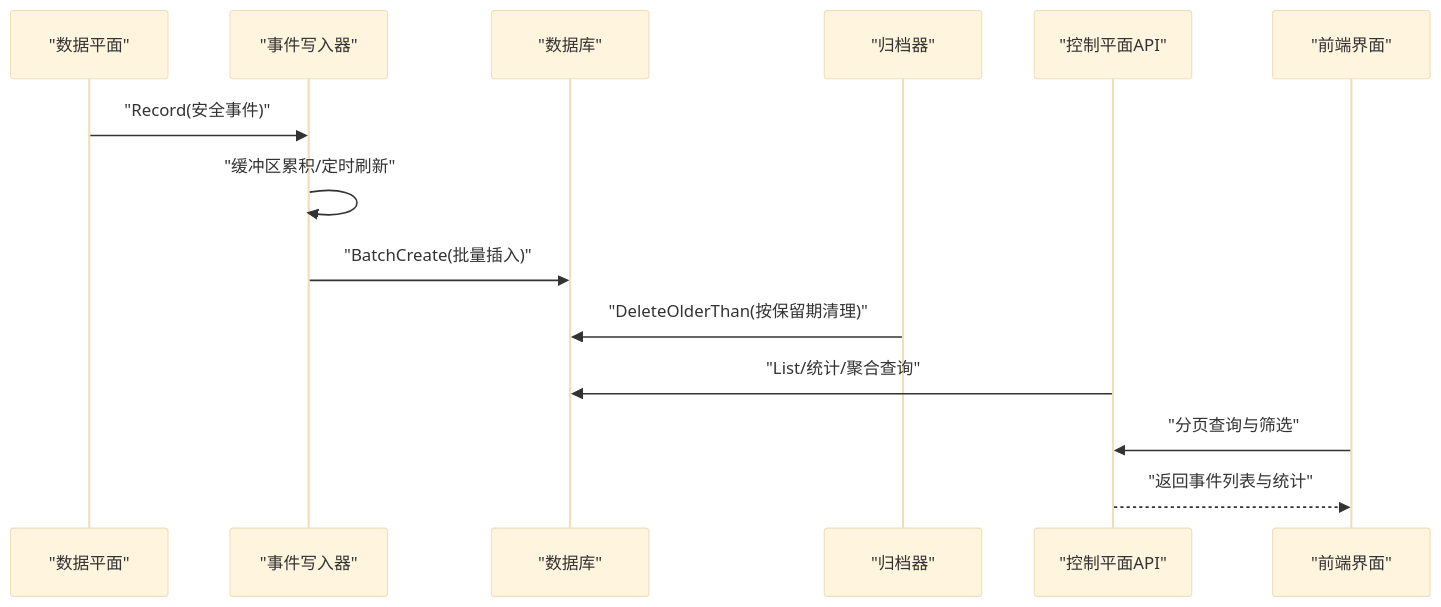
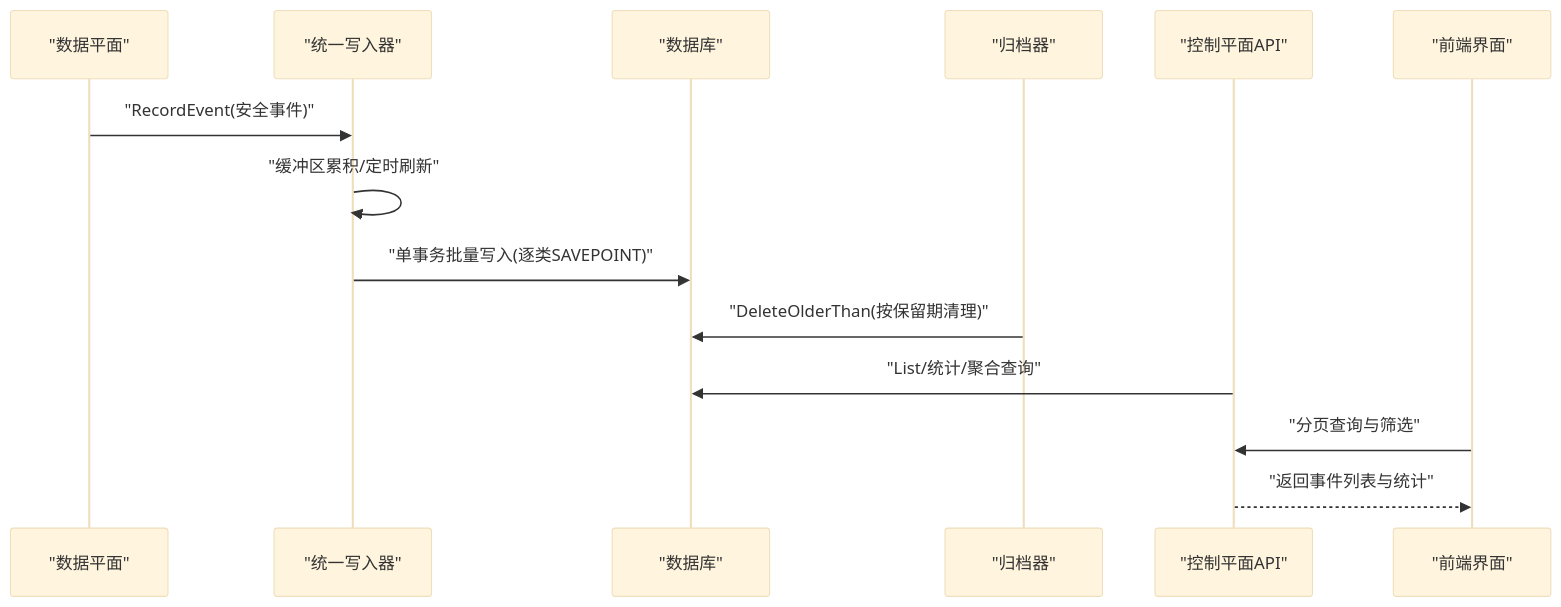
The second of 8 diagrams in docs/监控与可观测性/监控与可观测性.md (x01n/My-OpenWaf), drawn with Mermaid (base theme) before and after one commit. The commit also changed other lines of this file and 622 other files, not shown here.

````diff
--- a/docs/监控与可观测性/监控与可观测性.md
+++ b/docs/监控与可观测性/监控与可观测性.md
@@ -130,16 +119,16 @@
 ```mermaid
 sequenceDiagram
 participant DP as "数据平面"
-participant EW as "事件写入器"
+participant EW as "统一写入器"
 participant DB as "数据库"
 participant AR as "归档器"
 participant API as "控制平面API"
 participant UI as "前端界面"
-DP->>EW : "Record(安全事件)"
+DP->>EW : "RecordEvent(安全事件)"
 EW->>EW : "缓冲区累积/定时刷新"
-EW->>DB : "BatchCreate(批量插入)"
+EW->>DB : "单事务批量写入(逐类SAVEPOINT)"
 AR->>DB : "DeleteOlderThan(按保留期清理)"
 API->>DB : "List/统计/聚合查询"
 UI->>API : "分页查询与筛选"
 API-->>UI : "返回事件列表与统计"
 ```
````
